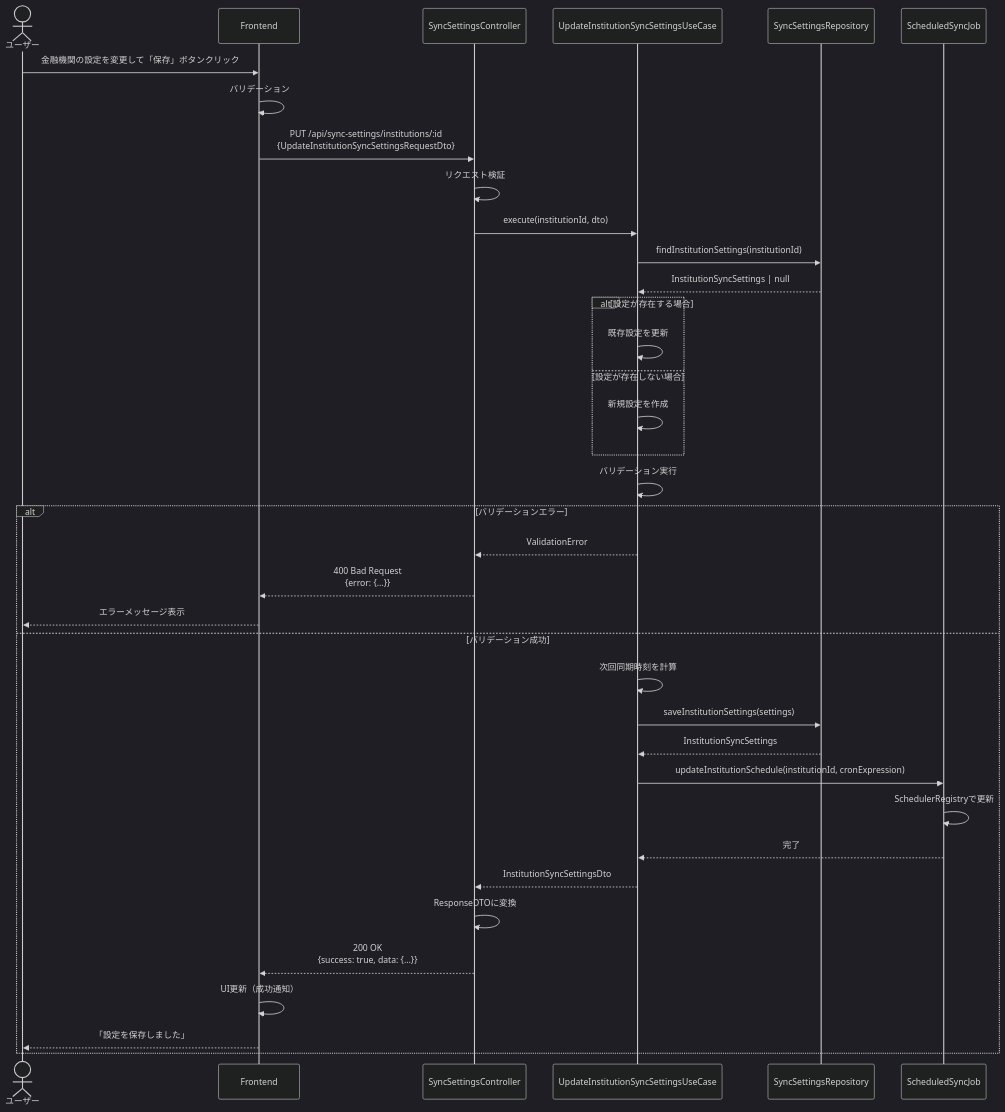
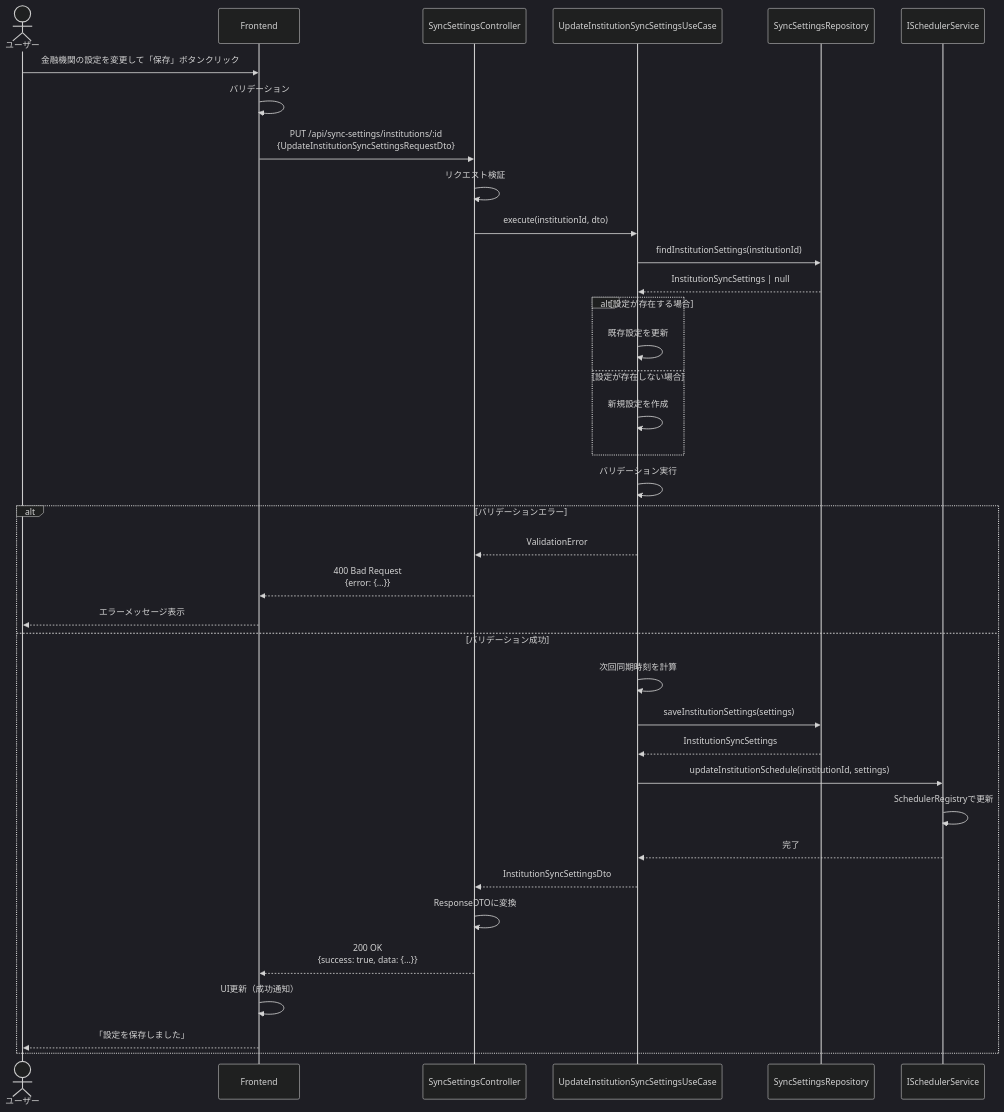
The fourth of 7 diagrams in docs/detailed-design/FR-030_sync-settings/sequence-diagrams.md (kencom2400/account-book), drawn with Mermaid (dark theme) before and after one commit. The commit also changed other lines of this file and 3 other files, not shown here.

````diff
--- a/docs/detailed-design/FR-030_sync-settings/sequence-diagrams.md
+++ b/docs/detailed-design/FR-030_sync-settings/sequence-diagrams.md
@@ -267,46 +268,46 @@
 ```mermaid
 sequenceDiagram
     actor User as ユーザー
     participant FE as Frontend
     participant API as SyncSettingsController
     participant UC as UpdateInstitutionSyncSettingsUseCase
     participant Repo as SyncSettingsRepository
-    participant Scheduler as ScheduledSyncJob
+    participant Scheduler as ISchedulerService
 
     User->>FE: 金融機関の設定を変更して「保存」ボタンクリック
     FE->>FE: バリデーション
     FE->>API: PUT /api/sync-settings/institutions/:id<br/>{UpdateInstitutionSyncSettingsRequestDto}
 
     API->>API: リクエスト検証
     API->>UC: execute(institutionId, dto)
 
     UC->>Repo: findInstitutionSettings(institutionId)
     Repo-->>UC: InstitutionSyncSettings | null
 
     alt 設定が存在する場合
         UC->>UC: 既存設定を更新
     else 設定が存在しない場合
         UC->>UC: 新規設定を作成
     end
 
     UC->>UC: バリデーション実行
     alt バリデーションエラー
         UC-->>API: ValidationError
         API-->>FE: 400 Bad Request<br/>{error: {...}}
         FE-->>User: エラーメッセージ表示
     else バリデーション成功
         UC->>UC: 次回同期時刻を計算
         UC->>Repo: saveInstitutionSettings(settings)
         Repo-->>UC: InstitutionSyncSettings
 
-        UC->>Scheduler: updateInstitutionSchedule(institutionId, cronExpression)
+        UC->>Scheduler: updateInstitutionSchedule(institutionId, settings)
         Scheduler->>Scheduler: SchedulerRegistryで更新
         Scheduler-->>UC: 完了
 
         UC-->>API: InstitutionSyncSettingsDto
         API->>API: ResponseDTOに変換
         API-->>FE: 200 OK<br/>{success: true, data: {...}}
         FE->>FE: UI更新（成功通知）
         FE-->>User: 「設定を保存しました」
     end
 ```
````
